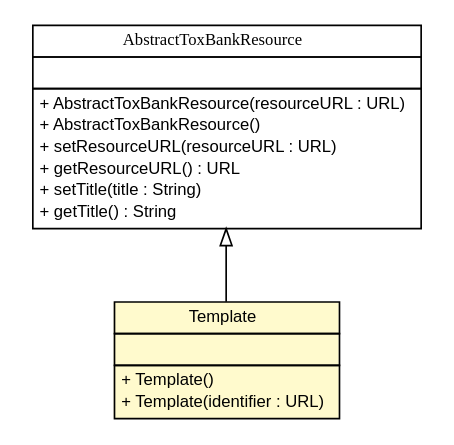
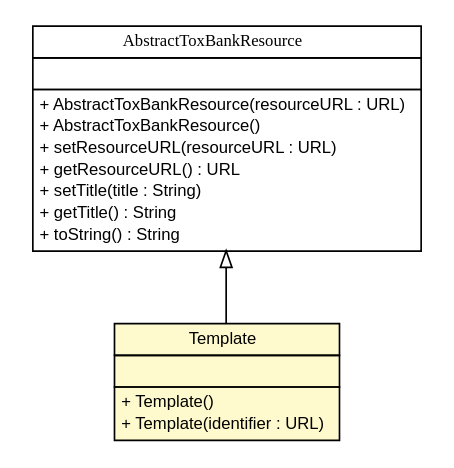
Before and after one commit to ToxBank/toxbank-api-beans: the diagram in apidocs/net/toxbank/client/resource/Template.dot, drawn with Graphviz. The commit also changed 272 other files, not shown here.

```diff
--- a/apidocs/net/toxbank/client/resource/Template.dot
+++ b/apidocs/net/toxbank/client/resource/Template.dot
@@ -1,42 +1,43 @@
 #!/usr/local/bin/dot
 #
 # Class diagram 
 # Generated by UmlGraph version 4.6 (http://www.spinellis.gr/sw/umlgraph)
 #
 
 digraph G {
 	edge [fontname="arial",fontsize=10,labelfontname="arial",labelfontsize=10];
 	node [fontname="arial",fontsize=10,shape=plaintext];
 	// net.toxbank.client.resource.Template
-	c554 [label=<<table border="0" cellborder="1" cellspacing="0" cellpadding="2" port="p" bgcolor="lemonChiffon" href="./Template.html">
+	c623 [label=<<table border="0" cellborder="1" cellspacing="0" cellpadding="2" port="p" bgcolor="lemonChiffon" href="./Template.html">
 		<tr><td><table border="0" cellspacing="0" cellpadding="1">
 			<tr><td> Template </td></tr>
 		</table></td></tr>
 		<tr><td><table border="0" cellspacing="0" cellpadding="1">
 			<tr><td align="left">  </td></tr>
 		</table></td></tr>
 		<tr><td><table border="0" cellspacing="0" cellpadding="1">
 			<tr><td align="left"> + Template() </td></tr>
 			<tr><td align="left"> + Template(identifier : URL) </td></tr>
 		</table></td></tr>
 		</table>>, fontname="arial", fontcolor="black", fontsize=10.0];
 	// net.toxbank.client.resource.AbstractToxBankResource
-	c565 [label=<<table border="0" cellborder="1" cellspacing="0" cellpadding="2" port="p" href="./AbstractToxBankResource.html">
+	c635 [label=<<table border="0" cellborder="1" cellspacing="0" cellpadding="2" port="p" href="./AbstractToxBankResource.html">
 		<tr><td><table border="0" cellspacing="0" cellpadding="1">
 			<tr><td><font face="ariali"> AbstractToxBankResource </font></td></tr>
 		</table></td></tr>
 		<tr><td><table border="0" cellspacing="0" cellpadding="1">
 			<tr><td align="left">  </td></tr>
 		</table></td></tr>
 		<tr><td><table border="0" cellspacing="0" cellpadding="1">
 			<tr><td align="left"> + AbstractToxBankResource(resourceURL : URL) </td></tr>
 			<tr><td align="left"> + AbstractToxBankResource() </td></tr>
 			<tr><td align="left"> + setResourceURL(resourceURL : URL) </td></tr>
 			<tr><td align="left"> + getResourceURL() : URL </td></tr>
 			<tr><td align="left"> + setTitle(title : String) </td></tr>
 			<tr><td align="left"> + getTitle() : String </td></tr>
+			<tr><td align="left"> + toString() : String </td></tr>
 		</table></td></tr>
 		</table>>, fontname="arial", fontcolor="black", fontsize=10.0];
 	//net.toxbank.client.resource.Template extends net.toxbank.client.resource.AbstractToxBankResource
-	c565:p -> c554:p [dir=back,arrowtail=empty];
+	c635:p -> c623:p [dir=back,arrowtail=empty];
 }
```
